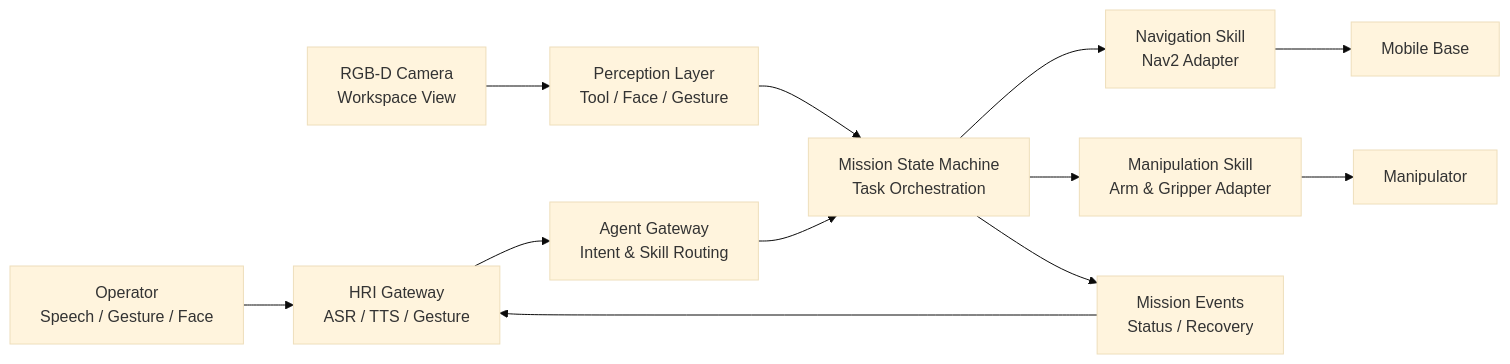
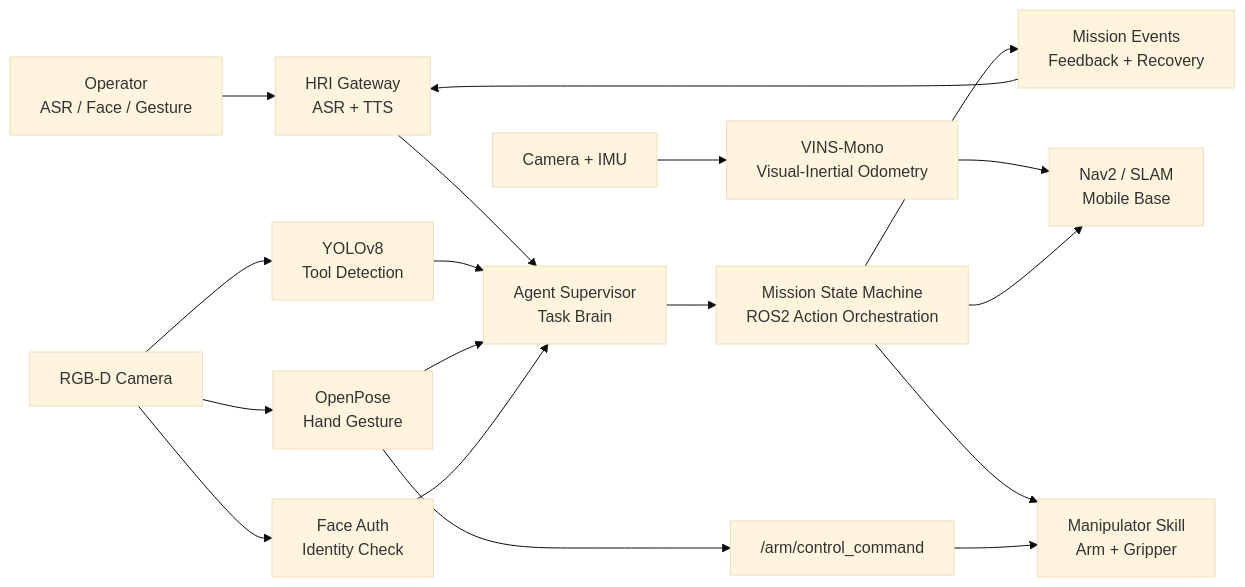
One commit to terrense/ros2-multimodal-robot-collab changed the diagram in README.md. Above: the diagram before and after it, drawn with Mermaid (base theme). The commit also changed other lines of this file and 2789 other files, not shown here.

Commit message:
Vendor perception sources and strengthen agent harness

````diff
--- a/README.md
+++ b/README.md
@@ -41,14 +42,22 @@
 ```mermaid
 flowchart LR
-  operator["Operator<br/>Speech / Gesture / Face"] --> hri["HRI Gateway<br/>ASR / TTS / Gesture"]
-  camera["RGB-D Camera<br/>Workspace View"] --> perception["Perception Layer<br/>Tool / Face / Gesture"]
-  hri --> agent["Agent Gateway<br/>Intent & Skill Routing"]
-  perception --> mission["Mission State Machine<br/>Task Orchestration"]
-  agent --> mission
-  mission --> nav["Navigation Skill<br/>Nav2 Adapter"]
-  mission --> arm["Manipulation Skill<br/>Arm & Gripper Adapter"]
-  nav --> base["Mobile Base"]
-  arm --> manipulator["Manipulator"]
-  mission --> events["Mission Events<br/>Status / Recovery"]
+  user["Operator<br/>ASR / Face / Gesture"] --> hri["HRI Gateway<br/>ASR + TTS"]
+  camera["RGB-D Camera"] --> yolo["YOLOv8<br/>Tool Detection"]
+  camera --> openpose["OpenPose<br/>Hand Gesture"]
+  camera --> face["Face Auth<br/>Identity Check"]
+  imu["Camera + IMU"] --> vins["VINS-Mono<br/>Visual-Inertial Odometry"]
+
+  hri --> supervisor["Agent Supervisor<br/>Task Brain"]
+  yolo --> supervisor
+  openpose --> supervisor
+  face --> supervisor
+  vins --> nav["Nav2 / SLAM<br/>Mobile Base"]
+
+  supervisor --> mission["Mission State Machine<br/>ROS2 Action Orchestration"]
+  mission --> nav
+  mission --> arm["Manipulator Skill<br/>Arm + Gripper"]
+  openpose --> arm_control["/arm/control_command"]
+  arm_control --> arm
+  mission --> events["Mission Events<br/>Feedback + Recovery"]
   events --> hri
 ```
````
